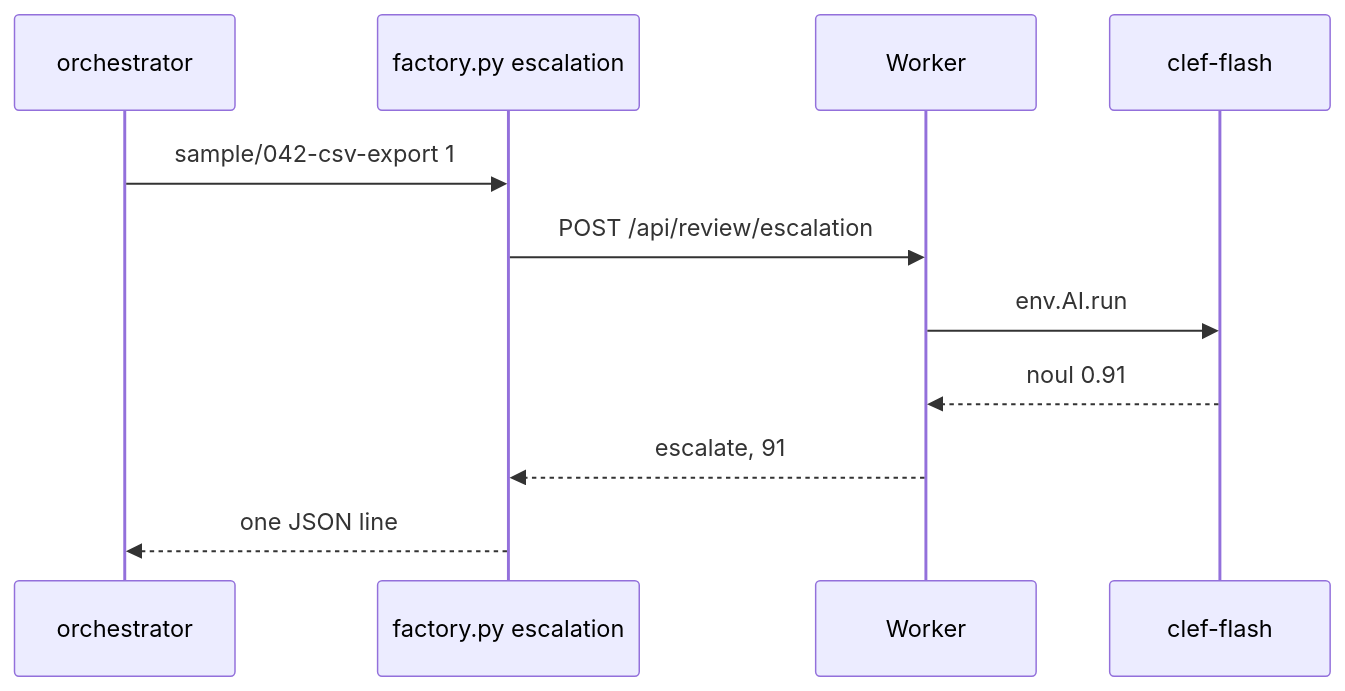
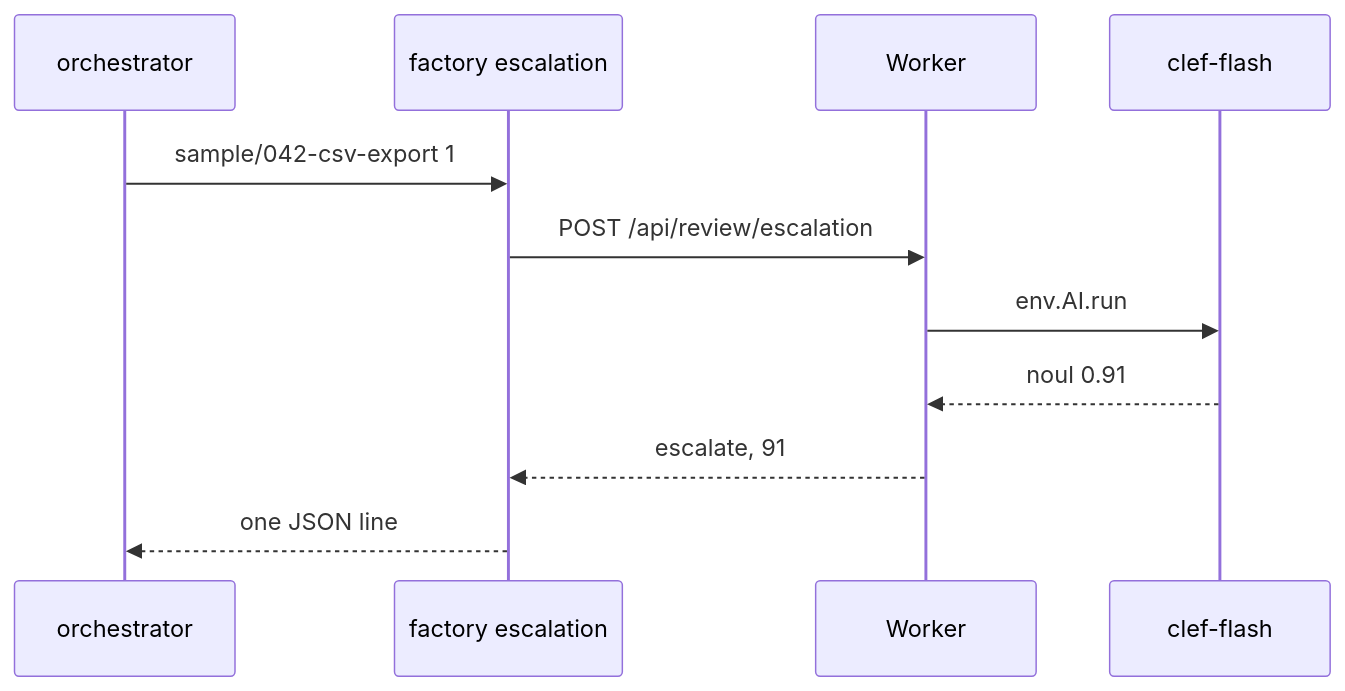
The fifth of 5 diagrams in docs/autonomy.md (superhussain/factory), drawn with Mermaid before and after one commit. The commit also changed other lines of this file and 16 other files, not shown here.

````diff
--- a/docs/autonomy.md
+++ b/docs/autonomy.md
@@ -576,13 +576,13 @@
 ```mermaid
 sequenceDiagram
   participant O as orchestrator
-  participant F as factory.py escalation
+  participant F as factory escalation
   participant W as Worker
   participant M as clef-flash
   O->>F: sample/042-csv-export 1
   F->>W: POST /api/review/escalation
   W->>M: env.AI.run
   M-->>W: noul 0.91
   W-->>F: escalate, 91
   F-->>O: one JSON line
 ```
````
